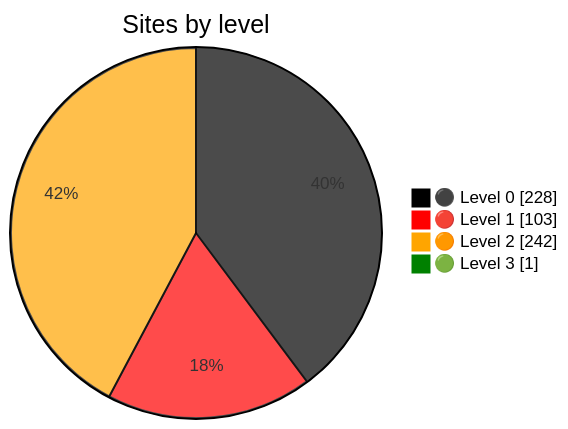
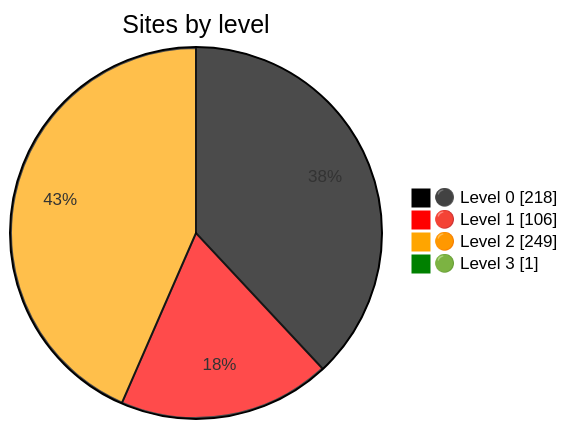
The diagram in README.md (Dushmilan/gov_lk_web_auditor), drawn with Mermaid before and after one commit. The commit also changed other lines of this file and 2611 other files, not shown here.

````diff
--- a/README.md
+++ b/README.md
@@ -24,9 +24,9 @@
 ```mermaid
 %%{init: {"themeVariables":{"pie1":"black","pie2":"red","pie3":"orange","pie4":"green"}}}%%
 pie showData
     title Sites by level
-    "⚫ Level 0" : 228
-    "🔴 Level 1" : 103
-    "🟠 Level 2" : 242
+    "⚫ Level 0" : 218
+    "🔴 Level 1" : 106
+    "🟠 Level 2" : 249
     "🟢 Level 3" : 1
 ```
````
